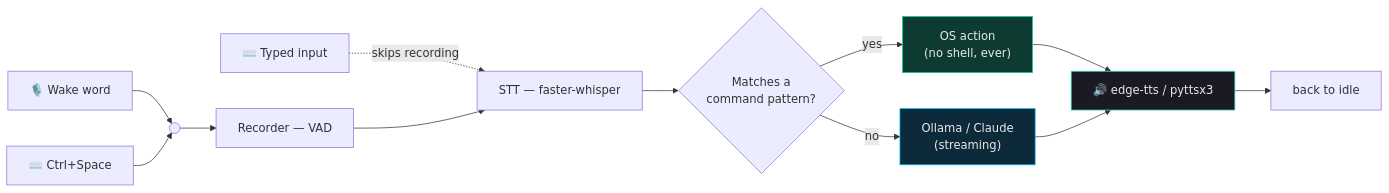
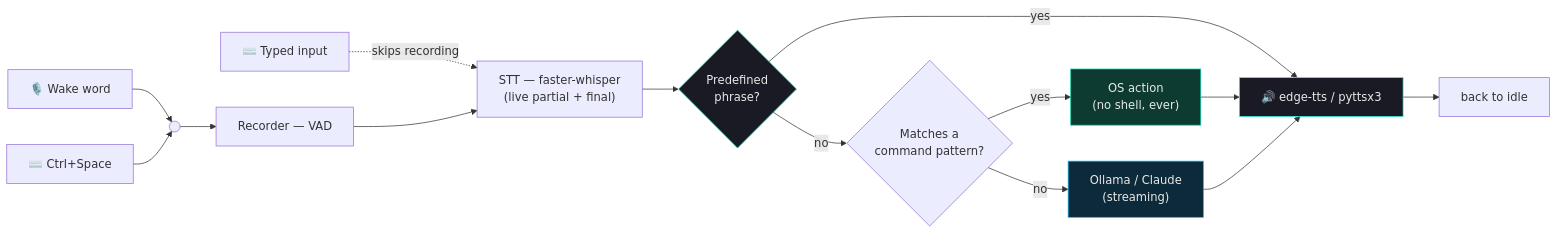
Before and after one commit to sametgurtuna/SAM: the diagram in README.md, drawn with Mermaid. The commit also changed other lines of this file and 11 other files, not shown here.

Commit message:
release: v0.4.5 - Instant predefined responses & zero-LLM command dispatch

````diff
--- a/README.md
+++ b/README.md
@@ -90,18 +89,21 @@
 ```mermaid
 flowchart LR
     WW["🎙️ Wake word"] --> ROUTE
     HK["⌨️ Ctrl+Space"] --> ROUTE
     TX["⌨️ Typed input"] -.skips recording.-> STT
     ROUTE(( )) --> REC["Recorder — VAD"]
-    REC --> STT["STT — faster-whisper"]
-    STT --> CMD{"Matches a\ncommand pattern?"}
+    REC --> STT["STT — faster-whisper\n(live partial + final)"]
+    STT --> INSTANT{"Predefined\nphrase?"}
+    INSTANT -- yes --> TTS["🔊 edge-tts / pyttsx3"]
+    INSTANT -- no --> CMD{"Matches a\ncommand pattern?"}
     CMD -- yes --> SYS["OS action\n(no shell, ever)"]
     CMD -- no --> LLM["Ollama / Claude\n(streaming)"]
-    SYS --> TTS["🔊 edge-tts / pyttsx3"]
+    SYS --> TTS
     LLM --> TTS
     TTS --> IDLE["back to idle"]
 
     style SYS fill:#0d3b32,stroke:#00D4AA,color:#e8e8e8
     style LLM fill:#0d2a3b,stroke:#00BFFF,color:#e8e8e8
     style TTS fill:#1a1a24,stroke:#38F2D8,color:#e8e8e8
+    style INSTANT fill:#1a1a24,stroke:#00D4AA,color:#e8e8e8
 ```
````
